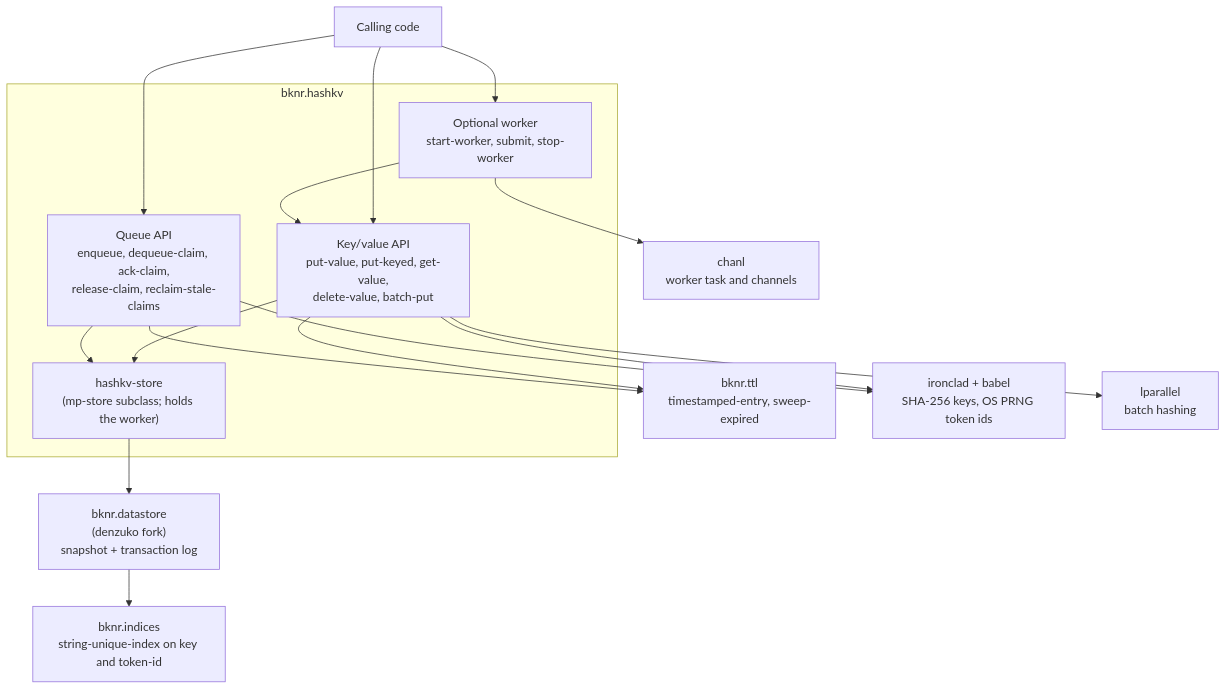
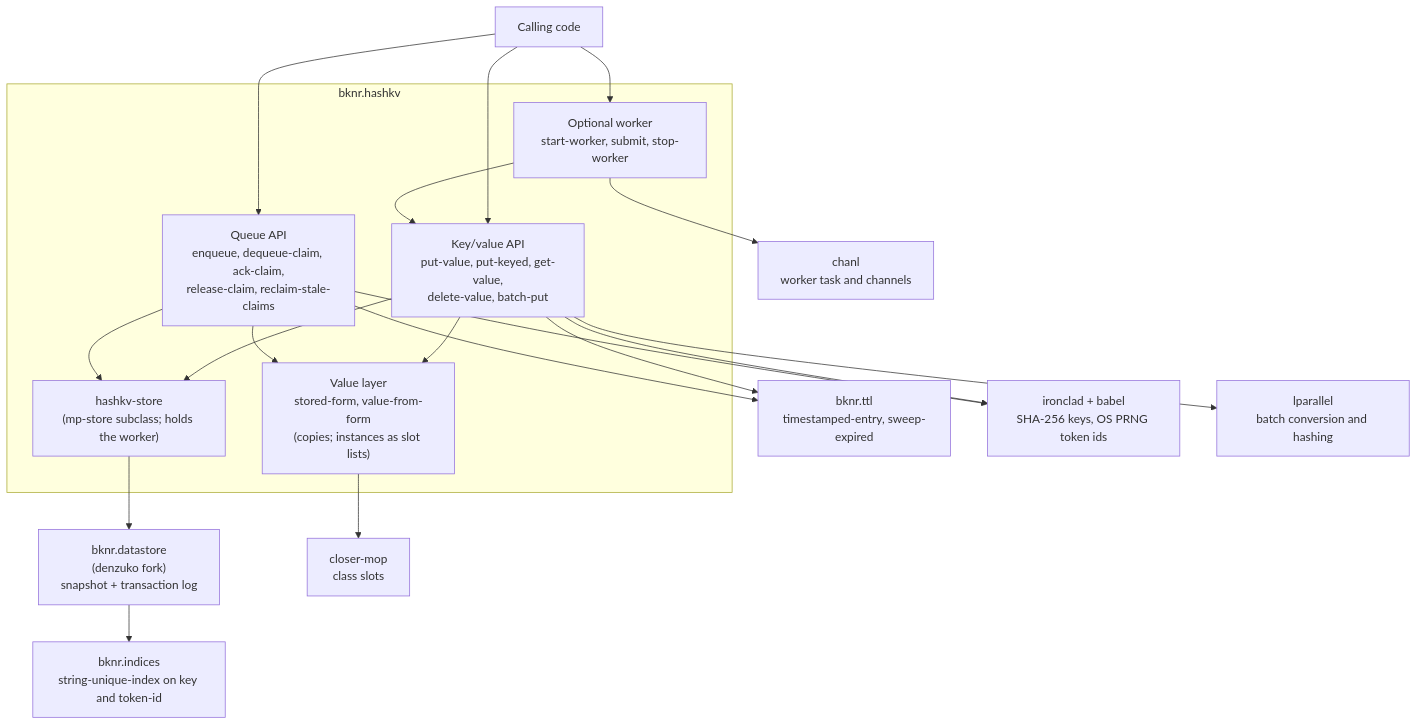
The first of 4 diagrams in docs/architecture.md (denzuko/bknr.hashkv), drawn with Mermaid before and after one commit. The commit also changed other lines of this file and 9 other files, not shown here.

````diff
--- a/docs/architecture.md
+++ b/docs/architecture.md
@@ -10,31 +10,36 @@
 ```mermaid
 flowchart TB
   caller["Calling code"]
   subgraph hashkv["bknr.hashkv"]
     kv["Key/value API<br/>put-value, put-keyed, get-value,<br/>delete-value, batch-put"]
     queue["Queue API<br/>enqueue, dequeue-claim, ack-claim,<br/>release-claim, reclaim-stale-claims"]
     worker["Optional worker<br/>start-worker, submit, stop-worker"]
+    value["Value layer<br/>stored-form, value-from-form<br/>(copies; instances as slot lists)"]
     store["hashkv-store<br/>(mp-store subclass; holds the worker)"]
   end
   ttl["bknr.ttl<br/>timestamped-entry, sweep-expired"]
   ds["bknr.datastore<br/>(denzuko fork)<br/>snapshot + transaction log"]
   idx["bknr.indices<br/>string-unique-index on key and token-id"]
   crypto["ironclad + babel<br/>SHA-256 keys, OS PRNG token ids"]
-  lp["lparallel<br/>batch hashing"]
+  lp["lparallel<br/>batch conversion and hashing"]
   ch["chanl<br/>worker task and channels"]
+  mop["closer-mop<br/>class slots"]
 
   caller --> kv
   caller --> queue
   caller --> worker
   worker --> kv
   worker --> ch
+  kv --> value
+  queue --> value
+  value --> mop
   kv --> crypto
   kv --> lp
   queue --> crypto
   kv --> store
   queue --> store
   store --> ds
   ds --> idx
   kv --> ttl
   queue --> ttl
 ```
````
